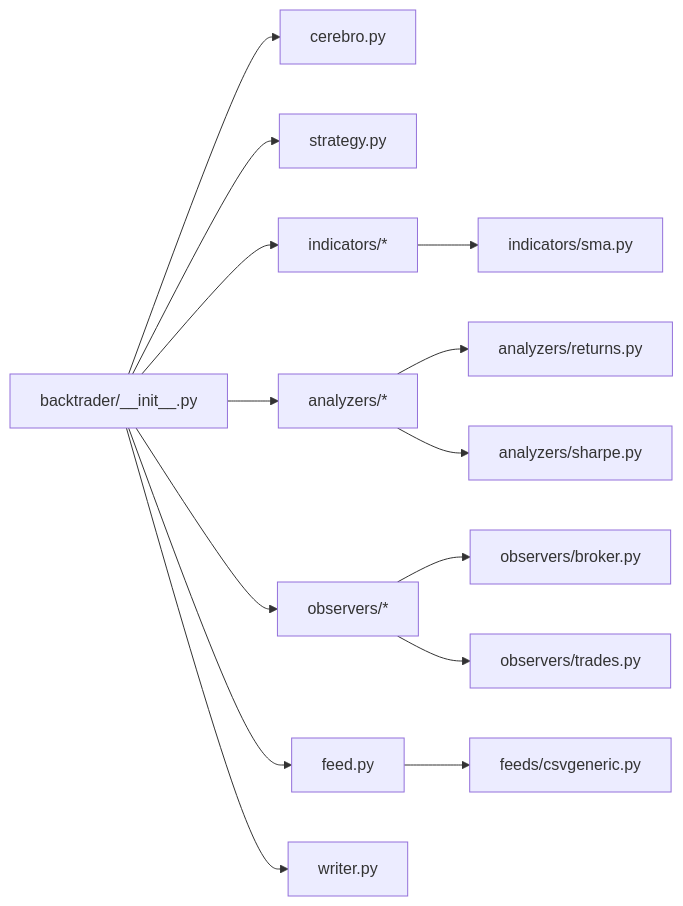
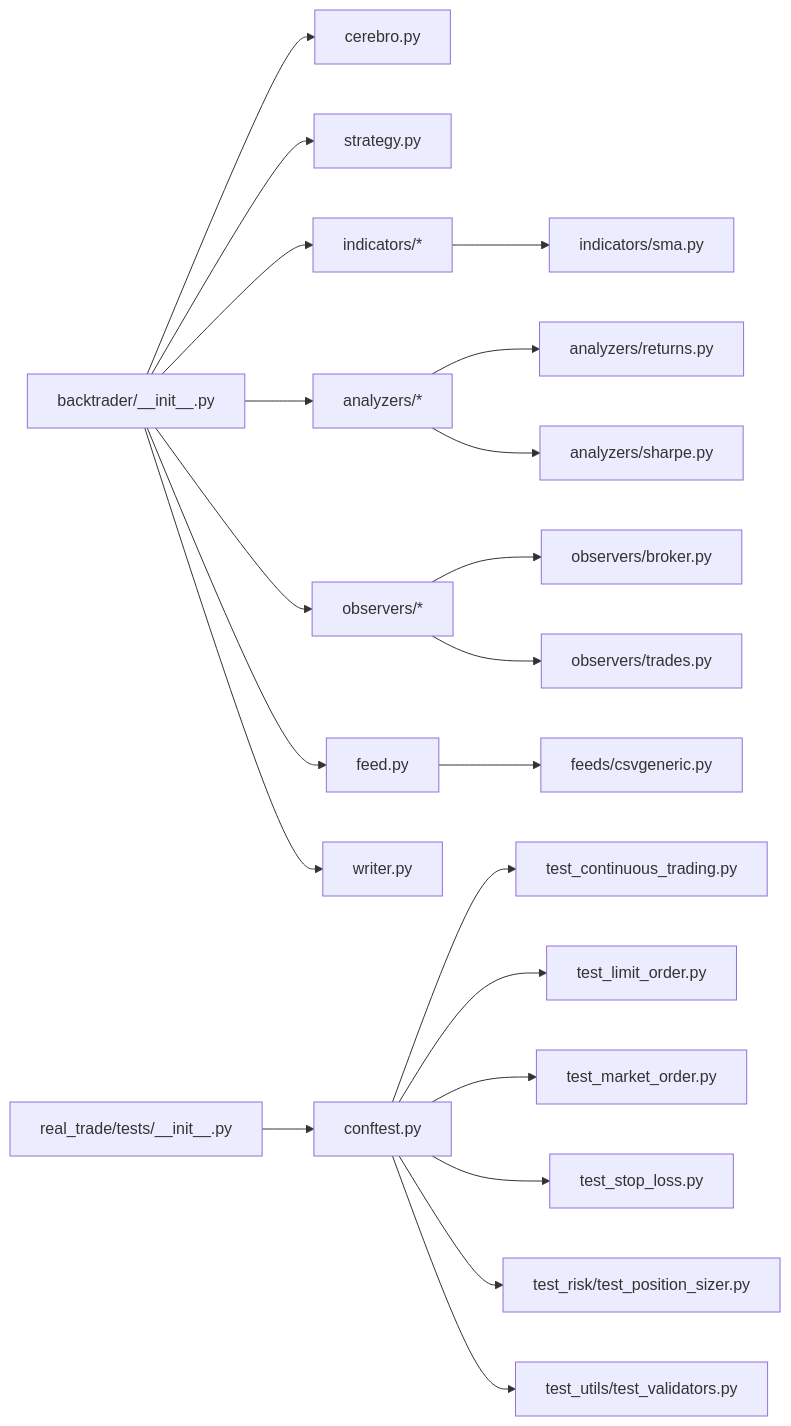
Before and after one commit to bench-prog/backtrader: the eighth of 8 diagrams in .qoder/repowiki/zh/content/测试与质量保证.md, drawn with Mermaid. The commit also changed other lines of this file and 40 other files, not shown here.

````diff
--- a/.qoder/repowiki/zh/content/测试与质量保证.md
+++ b/.qoder/repowiki/zh/content/测试与质量保证.md
@@ -395,16 +494,23 @@
 ```mermaid
 graph LR
 Init["backtrader/__init__.py"] --> Cerebro["cerebro.py"]
 Init --> Strategy["strategy.py"]
 Init --> Ind["indicators/*"]
 Init --> Ana["analyzers/*"]
 Init --> Obs["observers/*"]
 Init --> Feed["feed.py"]
 Init --> Writer["writer.py"]
 Feed --> CSV["feeds/csvgeneric.py"]
 Ind --> SMA["indicators/sma.py"]
 Ana --> Returns["analyzers/returns.py"]
 Ana --> Sharpe["analyzers/sharpe.py"]
 Obs --> BrokerObs["observers/broker.py"]
 Obs --> TradesObs["observers/trades.py"]
+RTInit["real_trade/tests/__init__.py"] --> RTConftest["conftest.py"]
+RTConftest --> RTContinuous["test_continuous_trading.py"]
+RTConftest --> RTLimitOrder["test_limit_order.py"]
+RTConftest --> RTMarketOrder["test_market_order.py"]
+RTConftest --> RTStopLoss["test_stop_loss.py"]
+RTConftest --> RTPositionSizer["test_risk/test_position_sizer.py"]
+RTConftest --> RTValidators["test_utils/test_validators.py"]
 ```
````
